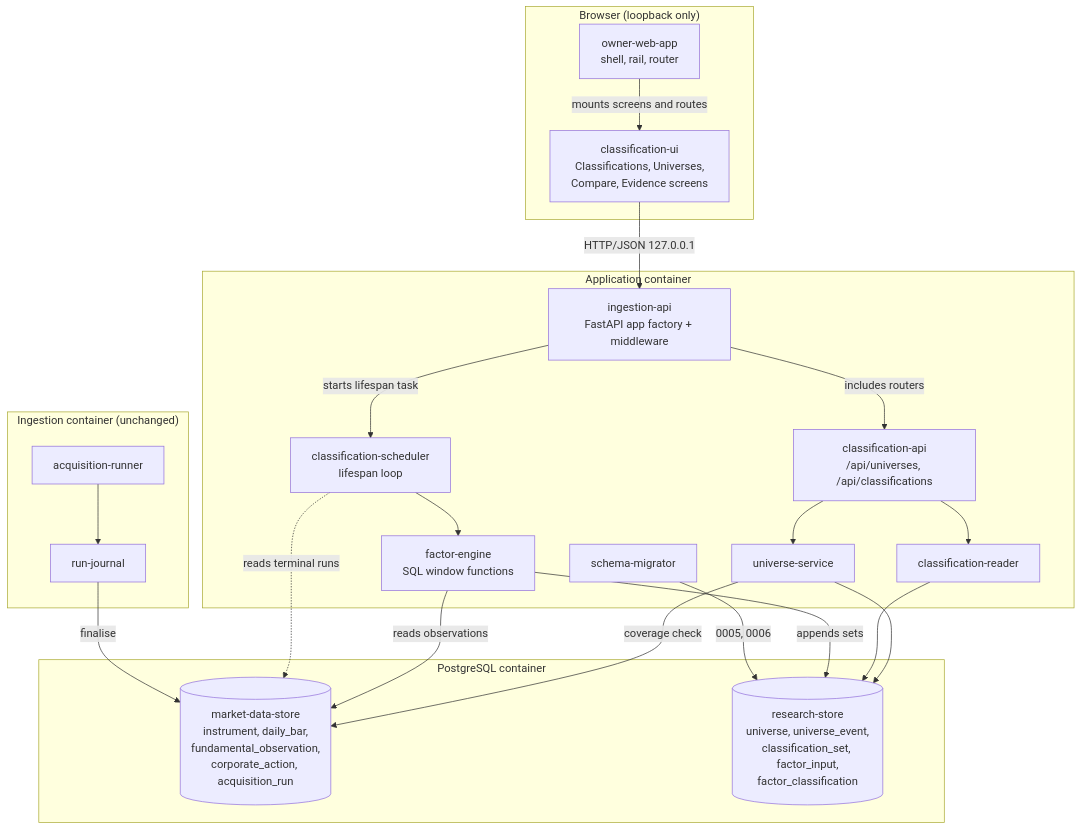
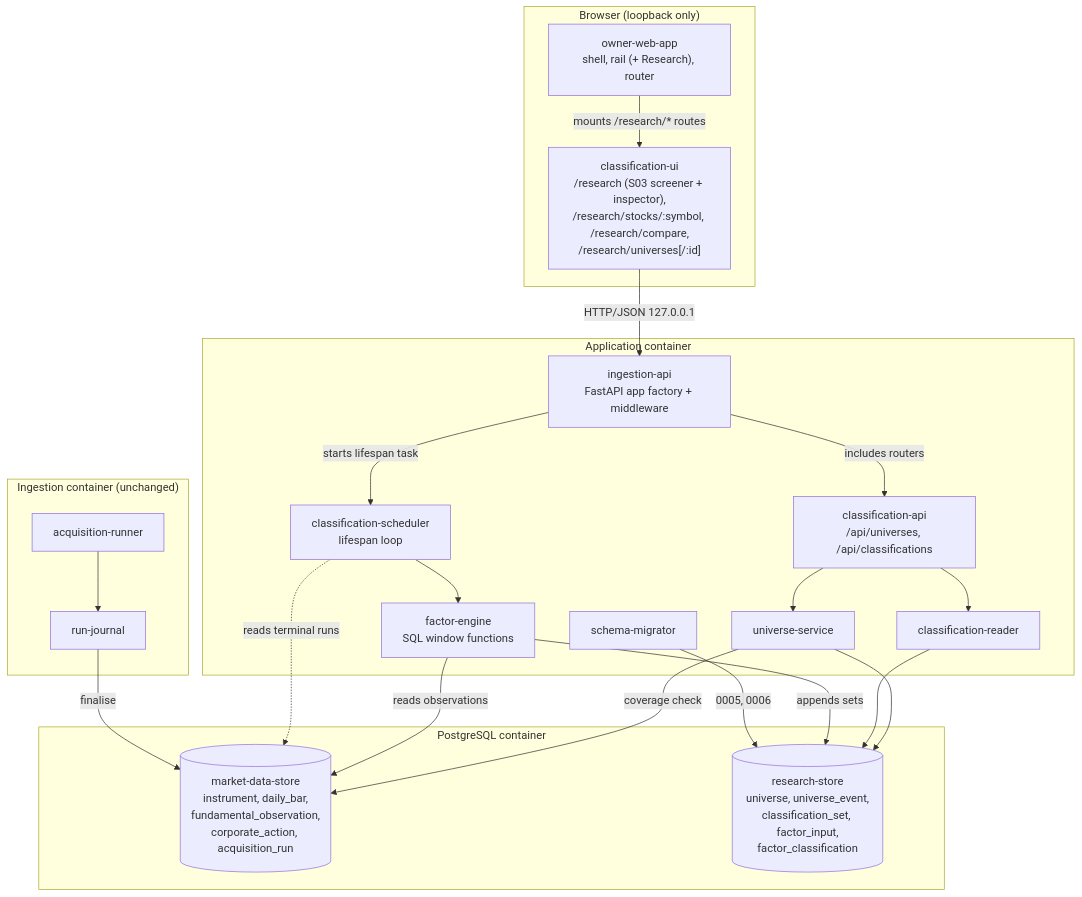
One commit to ajodraca/FactorFlow-v2 changed the first of 3 diagrams in docs/capabilities/CAP-002-universe-and-factor-classification/design/system-design.md. Above: the diagram before and after it, drawn with Mermaid. The commit also changed other lines of this file and 1 other file, not shown here.

````diff
--- a/docs/capabilities/CAP-002-universe-and-factor-classification/design/system-design.md
+++ b/docs/capabilities/CAP-002-universe-and-factor-classification/design/system-design.md
@@ -102,44 +125,44 @@
 ```mermaid
 flowchart TB
     subgraph BROWSER["Browser (loopback only)"]
-        WEB["owner-web-app<br/>shell, rail, router"]
-        CUI["classification-ui<br/>Classifications, Universes,<br/>Compare, Evidence screens"]
+        WEB["owner-web-app<br/>shell, rail (+ Research), router"]
+        CUI["classification-ui<br/>/research (S03 screener + inspector),<br/>/research/stocks/:symbol, /research/compare,<br/>/research/universes[/:id]"]
     end
 
     subgraph APPC["Application container"]
         API["ingestion-api<br/>FastAPI app factory + middleware"]
         CAPI["classification-api<br/>/api/universes, /api/classifications"]
         US["universe-service"]
         CR["classification-reader"]
         CS["classification-scheduler<br/>lifespan loop"]
         FE["factor-engine<br/>SQL window functions"]
         MIG["schema-migrator"]
     end
 
     subgraph INGC["Ingestion container (unchanged)"]
         RUN["acquisition-runner"]
         RJ["run-journal"]
     end
 
     subgraph DB["PostgreSQL container"]
         MDS[("market-data-store<br/>instrument, daily_bar,<br/>fundamental_observation,<br/>corporate_action, acquisition_run")]
         RS[("research-store<br/>universe, universe_event,<br/>classification_set, factor_input,<br/>factor_classification")]
     end
 
-    WEB -->|"mounts screens and routes"| CUI
+    WEB -->|"mounts /research/* routes"| CUI
     CUI -->|"HTTP/JSON 127.0.0.1"| API
     API -->|"includes routers"| CAPI
     CAPI --> US
     CAPI --> CR
     API -->|"starts lifespan task"| CS
     CS --> FE
     US --> RS
     US -->|"coverage check"| MDS
     CR --> RS
     FE -->|"reads observations"| MDS
     FE -->|"appends sets"| RS
     CS -.->|"reads terminal runs"| MDS
     MIG -->|"0005, 0006"| RS
     RUN --> RJ
     RJ -->|"finalise"| MDS
 ```
````
